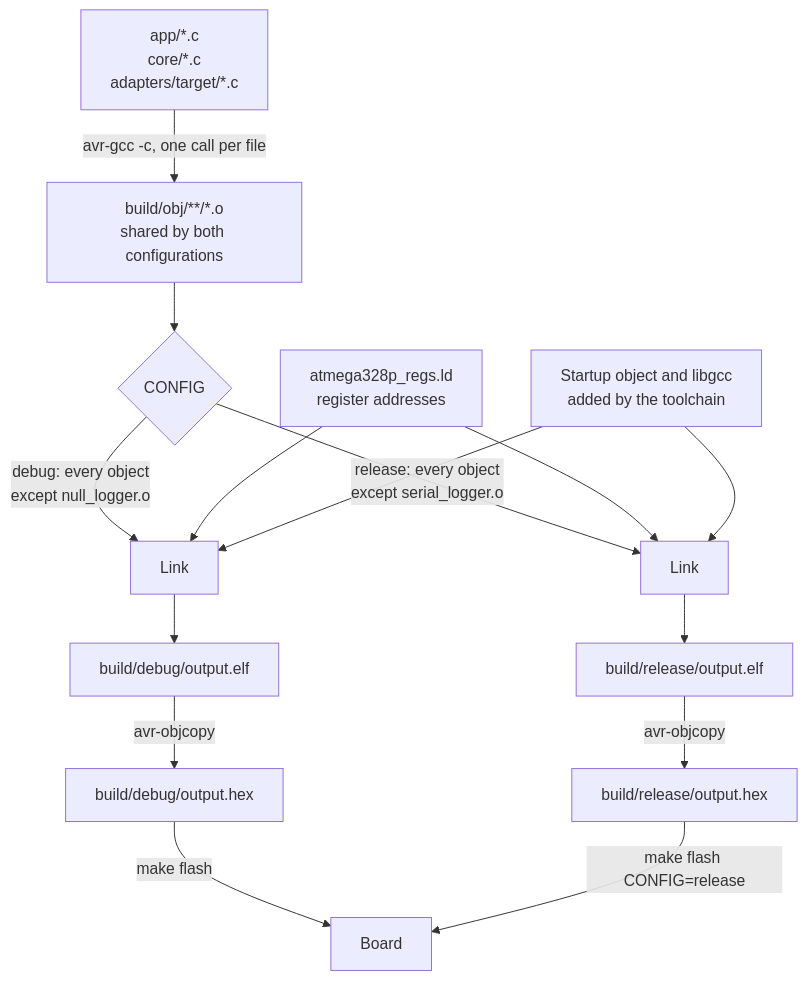
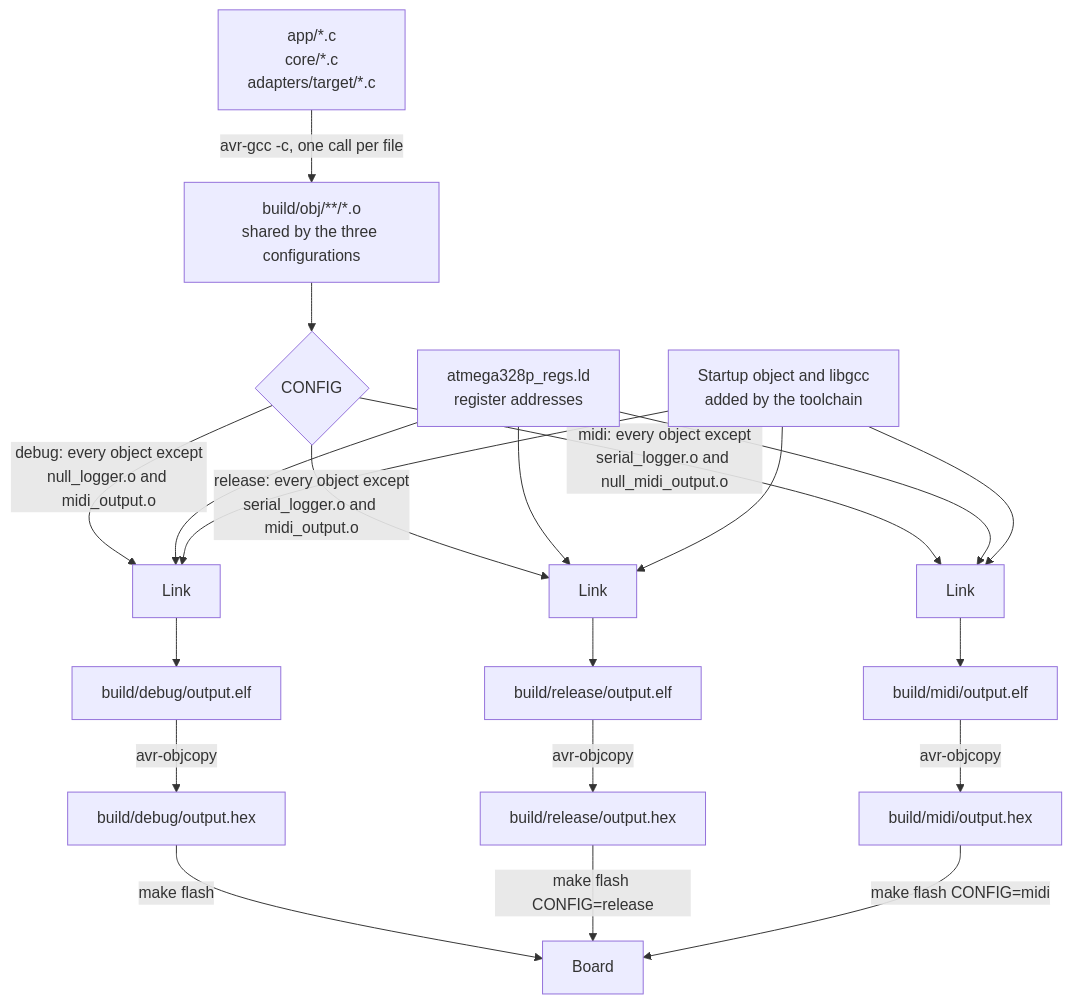
Diagram 26 of 28 in docs/ARCHITECTURE.md (BonelessPig/nano_sequencer), drawn with Mermaid before and after one commit. The commit also changed other lines of this file and 46 other files, not shown here.

````diff
--- a/docs/ARCHITECTURE.md
+++ b/docs/ARCHITECTURE.md
@@ -1228,17 +1320,23 @@
 ```mermaid
 flowchart TD
-    src["app/*.c<br/>core/*.c<br/>adapters/target/*.c"] -->|"avr-gcc -c, one call per file"| obj["build/obj/**/*.o<br/>shared by both configurations"]
+    src["app/*.c<br/>core/*.c<br/>adapters/target/*.c"] -->|"avr-gcc -c, one call per file"| obj["build/obj/**/*.o<br/>shared by the three configurations"]
     obj --> pick{"CONFIG"}
-    pick -->|"debug: every object<br/>except null_logger.o"| dlink["Link"]
-    pick -->|"release: every object<br/>except serial_logger.o"| rlink["Link"]
+    pick -->|"debug: every object except<br/>null_logger.o and midi_output.o"| dlink["Link"]
+    pick -->|"release: every object except<br/>serial_logger.o and midi_output.o"| rlink["Link"]
+    pick -->|"midi: every object except<br/>serial_logger.o and null_midi_output.o"| mlink["Link"]
     ld["atmega328p_regs.ld<br/>register addresses"] --> dlink
     ld --> rlink
+    ld --> mlink
     crt["Startup object and libgcc<br/>added by the toolchain"] --> dlink
     crt --> rlink
+    crt --> mlink
     dlink --> delf["build/debug/output.elf"]
     rlink --> relf["build/release/output.elf"]
+    mlink --> melf["build/midi/output.elf"]
     delf -->|"avr-objcopy"| dhex["build/debug/output.hex"]
     relf -->|"avr-objcopy"| rhex["build/release/output.hex"]
+    melf -->|"avr-objcopy"| mhex["build/midi/output.hex"]
     dhex -->|"make flash"| board["Board"]
     rhex -->|"make flash CONFIG=release"| board
+    mhex -->|"make flash CONFIG=midi"| board
 ```
````
